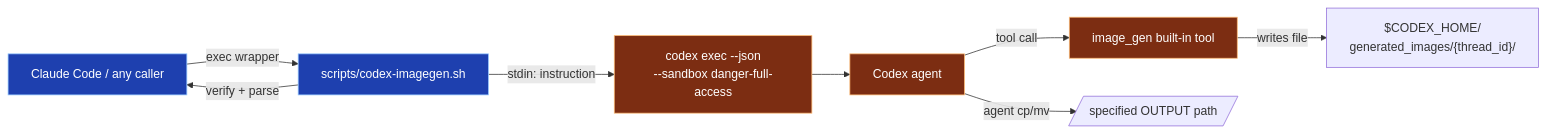
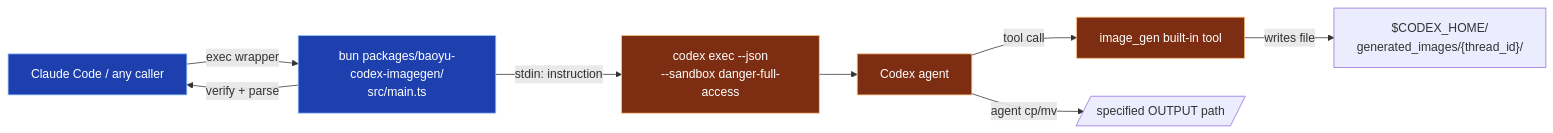
The diagram in docs/codex-imagegen-backend.md (DevZonayed/nexalance-skill-jimliu-baoyu-skills), drawn with Mermaid before and after one commit. The commit also changed other lines of this file and 16 other files, not shown here.

First line of the commit message:
refactor(codex-imagegen): extract backend to packages/baoyu-codex-imagegen workspace

````diff
--- a/docs/codex-imagegen-backend.md
+++ b/docs/codex-imagegen-backend.md
@@ -216,23 +230,23 @@
 ```mermaid
 flowchart LR
     CC[Claude Code / any caller]
-    WRAPPER[scripts/codex-imagegen.sh]
+    WRAPPER[bun packages/baoyu-codex-imagegen/<br/>src/main.ts]
     CODEX["codex exec --json<br/>--sandbox danger-full-access"]
     AGENT[Codex agent]
     TOOL[image_gen built-in tool]
     DEFAULT["$CODEX_HOME/<br/>generated_images/{thread_id}/"]
     OUT[/specified OUTPUT path/]
 
     CC -->|exec wrapper| WRAPPER
     WRAPPER -->|stdin: instruction| CODEX
     CODEX --> AGENT
     AGENT -->|tool call| TOOL
     TOOL -->|writes file| DEFAULT
     AGENT -->|agent cp/mv| OUT
     WRAPPER -->|verify + parse| CC
 
     classDef cc fill:#1e40af,color:#fff,stroke:#93c5fd
     classDef cdx fill:#7c2d12,color:#fff,stroke:#fdba74
     class CC,WRAPPER cc
     class CODEX,AGENT,TOOL cdx
 ```
````
